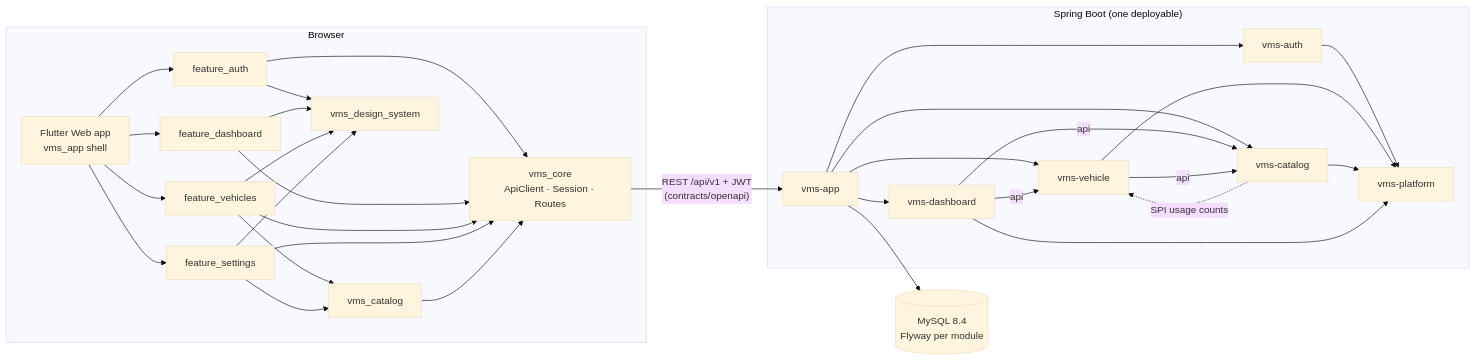
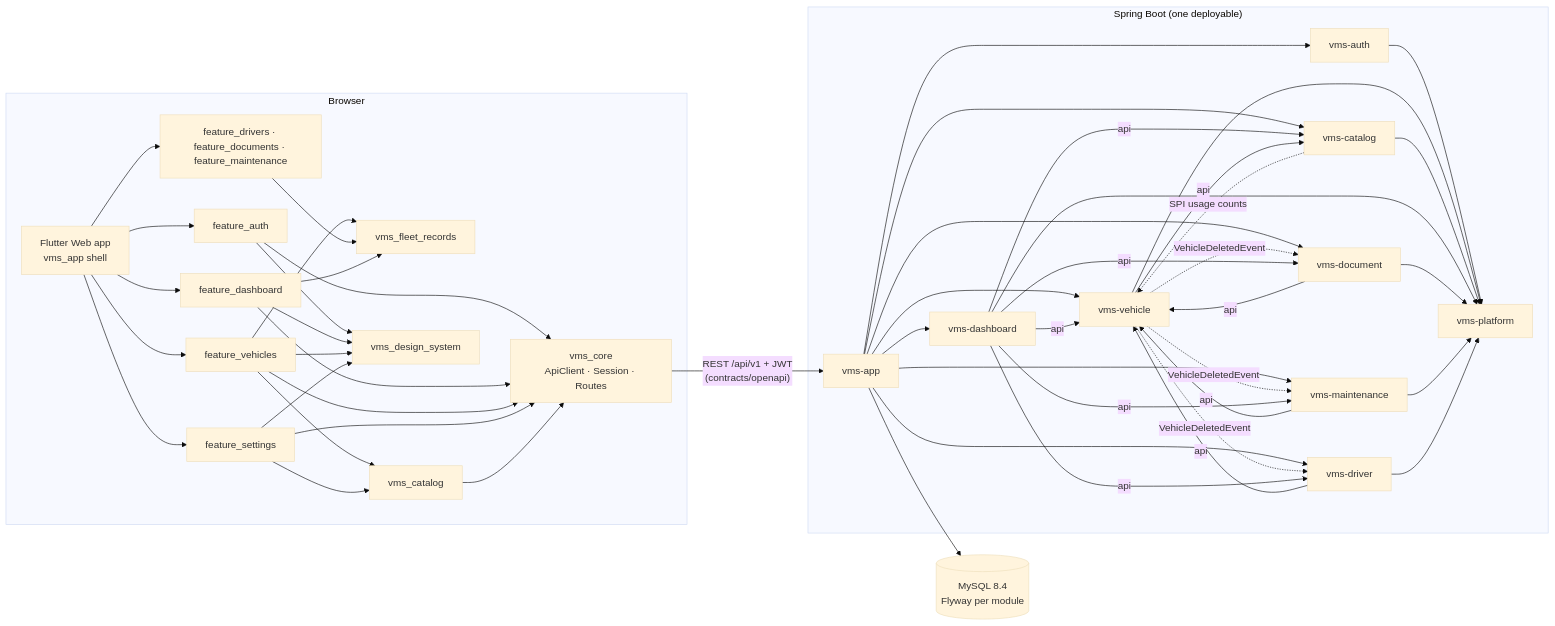
Before and after one commit to MoZahidUl249/datavvy-vms-backend: the diagram in docs/architecture.md, drawn with Mermaid (base theme). The commit also changed 5 other files, not shown here.

First line of the commit message:
Docs: fleet management API, ADR-0007, architecture and module table

````diff
--- a/docs/architecture.md
+++ b/docs/architecture.md
@@ -5,26 +5,32 @@
 ```mermaid
 flowchart LR
   subgraph Browser
     A[Flutter Web app<br/>vms_app shell]
     A --> F1[feature_auth]
     A --> F2[feature_dashboard]
     A --> F3[feature_vehicles]
     A --> F4[feature_settings]
+    A --> F5[feature_drivers · feature_documents · feature_maintenance]
+    F3 & F5 & F2 --> R[vms_fleet_records]
     F3 & F4 --> C[vms_catalog]
     F1 & F2 & F3 & F4 & C --> K[vms_core<br/>ApiClient · Session · Routes]
     F1 & F2 & F3 & F4 --> D[vms_design_system]
   end
   K -- "REST /api/v1 + JWT<br/>(contracts/openapi)" --> B
   subgraph "Spring Boot (one deployable)"
     B[vms-app] --> AU[vms-auth]
     B --> VE[vms-vehicle]
     B --> CA[vms-catalog]
     B --> DA[vms-dashboard]
+    B --> DO[vms-document] & MA[vms-maintenance] & DR[vms-driver]
+    DO & MA & DR -- api --> VE
+    VE -. VehicleDeletedEvent .-> DO & MA & DR
     DA -- api --> VE
     DA -- api --> CA
+    DA -- api --> DO & MA & DR
     VE -- api --> CA
     CA -. SPI usage counts .-> VE
-    AU & VE & CA & DA --> P[vms-platform]
+    AU & VE & CA & DA & DO & MA & DR --> P[vms-platform]
   end
   B --> DB[(MySQL 8.4<br/>Flyway per module)]
 ```
````
